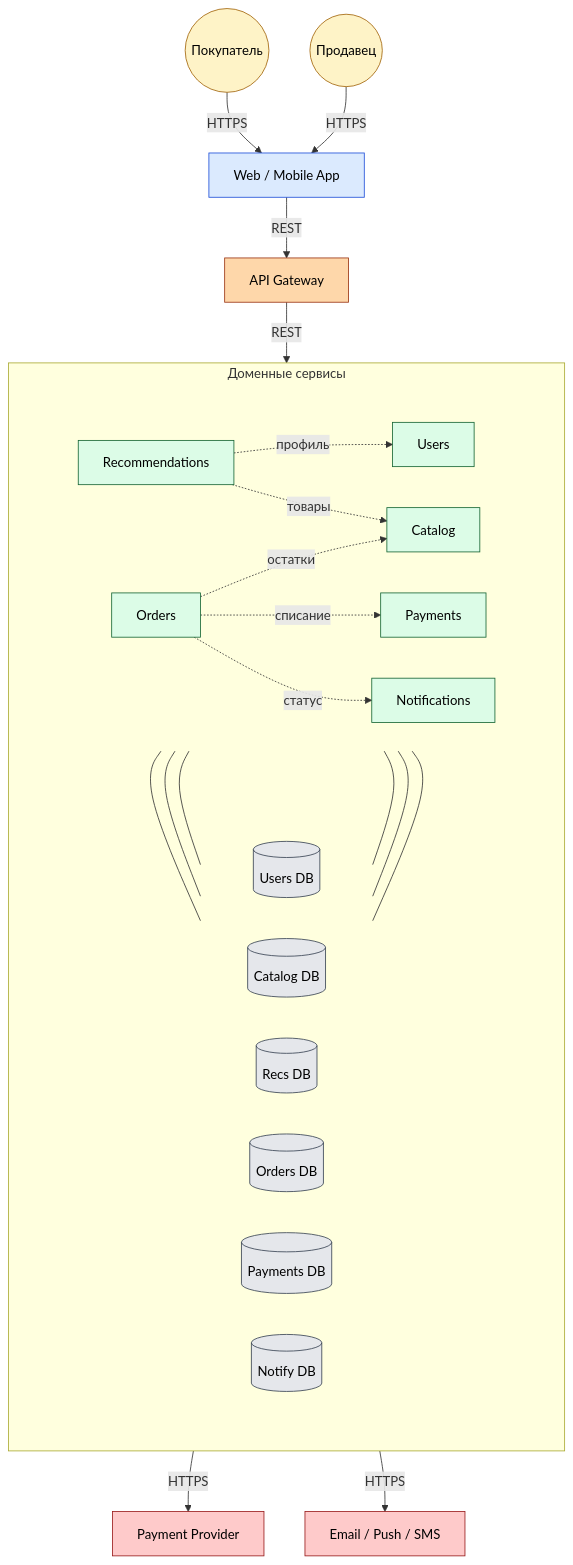
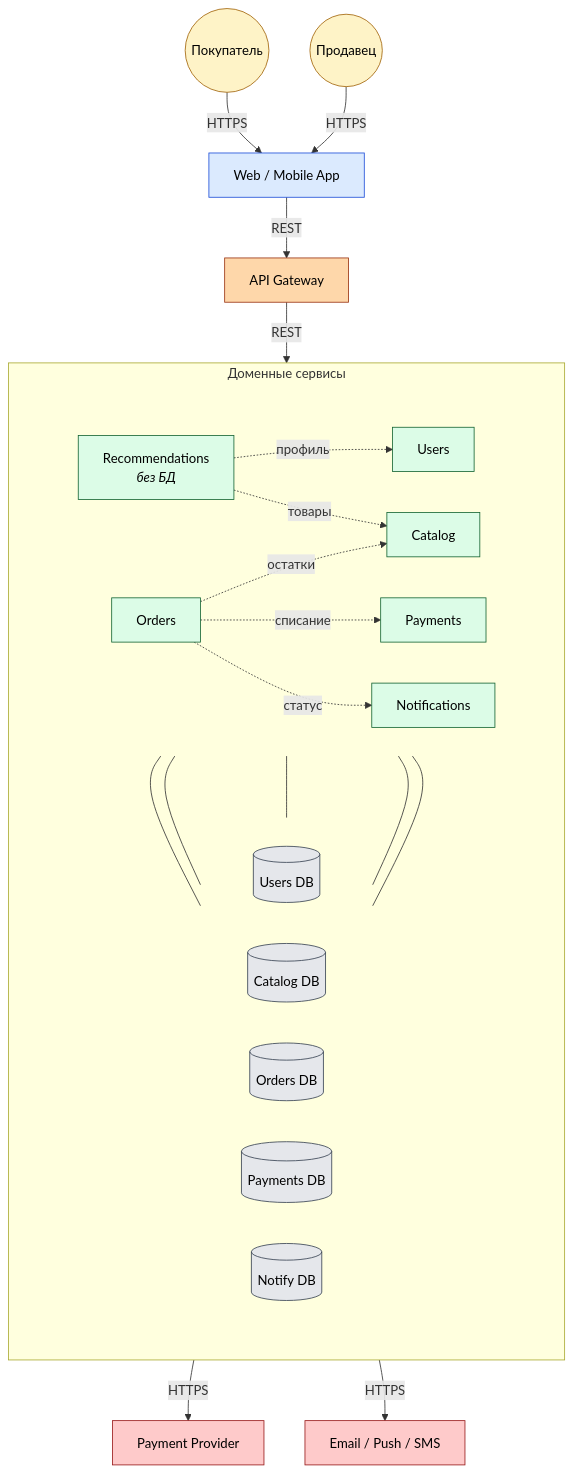
Before and after one commit to DaryaAndryeva/hw-1-Marketplace: the diagram in README.md, drawn with Mermaid. The commit also changed other lines of this file and 1 other file, not shown here.

````diff
--- a/README.md
+++ b/README.md
@@ -26,63 +24,61 @@
 ```mermaid
 flowchart TB
     classDef actor fill:#fef3c7,stroke:#a16207,color:#000
     classDef client fill:#dbeafe,stroke:#1d4ed8,color:#000
     classDef gateway fill:#fed7aa,stroke:#9a3412,color:#000
     classDef service fill:#dcfce7,stroke:#166534,color:#000
     classDef db fill:#e5e7eb,stroke:#374151,color:#000
     classDef ext fill:#fecaca,stroke:#991b1b,color:#000
 
     buyer(("Покупатель")):::actor
     seller(("Продавец")):::actor
 
     web["Web / Mobile App"]:::client
     gw["API Gateway"]:::gateway
 
     subgraph svc["Доменные сервисы"]
         direction TB
         subgraph services_row [" "]
             direction LR
             users["Users"]:::service
             catalog["Catalog"]:::service
-            recs["Recommendations"]:::service
+            recs["Recommendations<br/><i>без БД</i>"]:::service
             orders["Orders"]:::service
             payments["Payments"]:::service
             notify["Notifications"]:::service
         end
         subgraph dbs_row [" "]
             direction LR
             users_db[("Users DB")]:::db
             catalog_db[("Catalog DB")]:::db
-            recs_db[("Recs DB")]:::db
             orders_db[("Orders DB")]:::db
             payments_db[("Payments DB")]:::db
             notify_db[("Notify DB")]:::db
         end
         users --- users_db
         catalog --- catalog_db
-        recs --- recs_db
         orders --- orders_db
         payments --- payments_db
         notify --- notify_db
     end
 
     psp["Payment Provider"]:::ext
     channels["Email / Push / SMS"]:::ext
 
     buyer -- HTTPS --> web
     seller -- HTTPS --> web
     web -- REST --> gw
     gw -- REST --> svc
 
     recs -. профиль .-> users
     recs -. товары .-> catalog
     orders -. остатки .-> catalog
     orders -. списание .-> payments
     orders -. статус .-> notify
 
     payments -- HTTPS --> psp
     notify -- HTTPS --> channels
 
     style services_row fill:transparent,stroke-width:0px
     style dbs_row fill:transparent,stroke-width:0px
 ```
````
